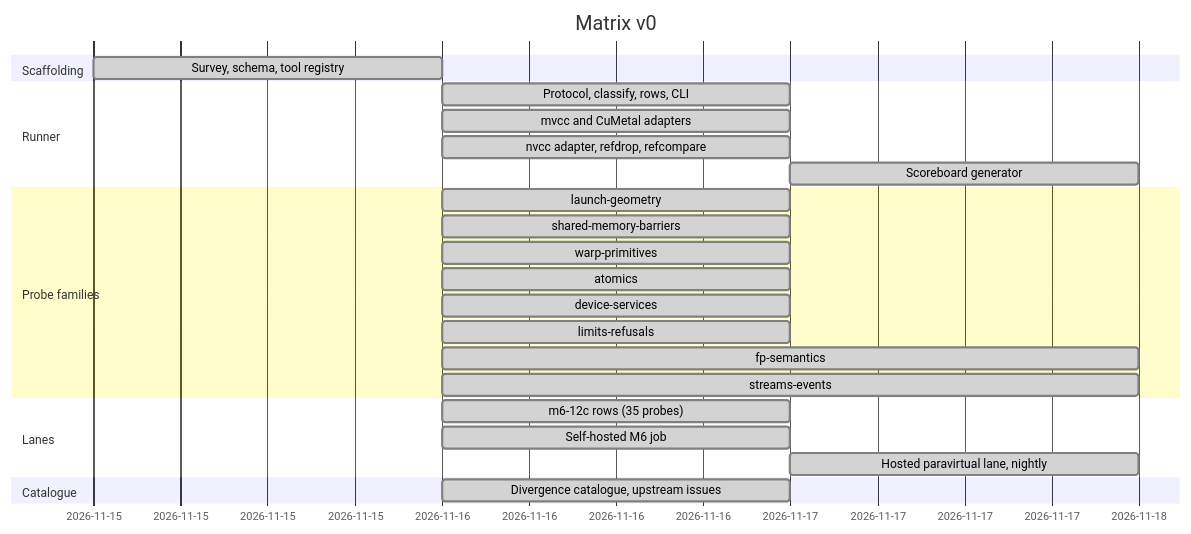
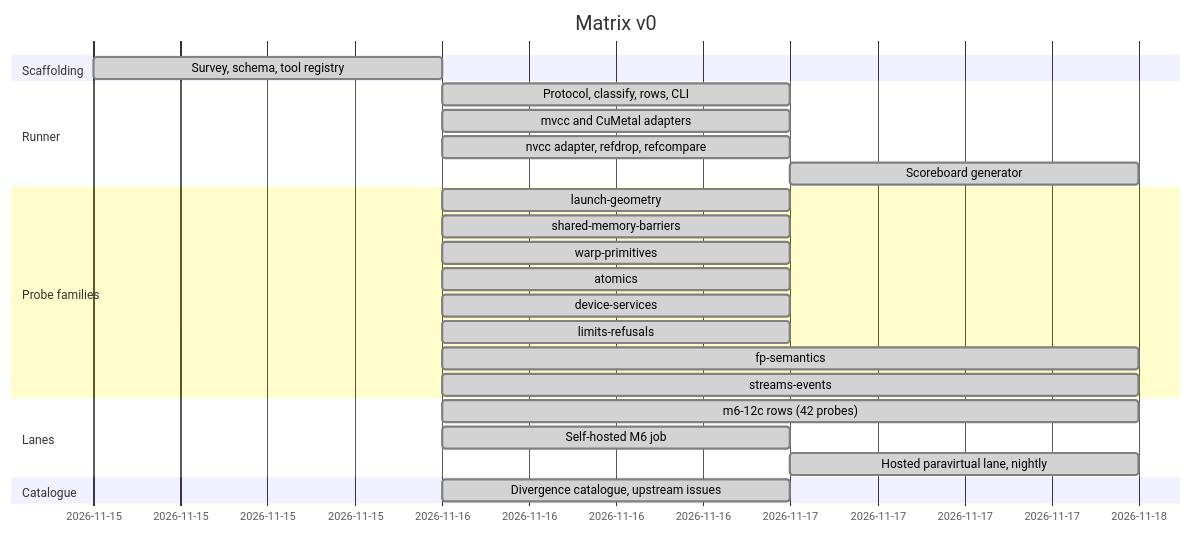
Before and after one commit to Lulzx/Cuport-Matrix: the third of 3 diagrams in README.md, drawn with Mermaid. The commit also changed other lines of this file and 1 other file, not shown here.

Commit message:
docs: catalogue the seven newest probes

````diff
--- a/README.md
+++ b/README.md
@@ -162,27 +162,27 @@
 ```mermaid
 gantt
   title Matrix v0
   dateFormat YYYY-MM-DD
   section Scaffolding
   Survey, schema, tool registry        :done, s1, 2026-11-15, 1d
   section Runner
   Protocol, classify, rows, CLI        :done, r1, 2026-11-16, 1d
   mvcc and CuMetal adapters            :done, r2, 2026-11-16, 1d
   nvcc adapter, refdrop, refcompare    :done, r3, 2026-11-16, 1d
   Scoreboard generator                 :done, r4, 2026-11-17, 1d
   section Probe families
   launch-geometry                      :done, f1, 2026-11-16, 1d
   shared-memory-barriers               :done, f2, 2026-11-16, 1d
   warp-primitives                      :done, f3, 2026-11-16, 1d
   atomics                              :done, f4, 2026-11-16, 1d
   device-services                      :done, f7, 2026-11-16, 1d
   limits-refusals                      :done, f8, 2026-11-16, 1d
   fp-semantics                         :done, f5, 2026-11-16, 2d
   streams-events                       :done, f6, 2026-11-16, 2d
   section Lanes
-  m6-12c rows (35 probes)              :done, l1, 2026-11-16, 1d
+  m6-12c rows (42 probes)              :done, l1, 2026-11-16, 2d
   Self-hosted M6 job                   :done, l2, 2026-11-16, 1d
   Hosted paravirtual lane, nightly     :done, l3, 2026-11-17, 1d
   section Catalogue
   Divergence catalogue, upstream issues:done, c1, 2026-11-16, 1d
 ```
````
